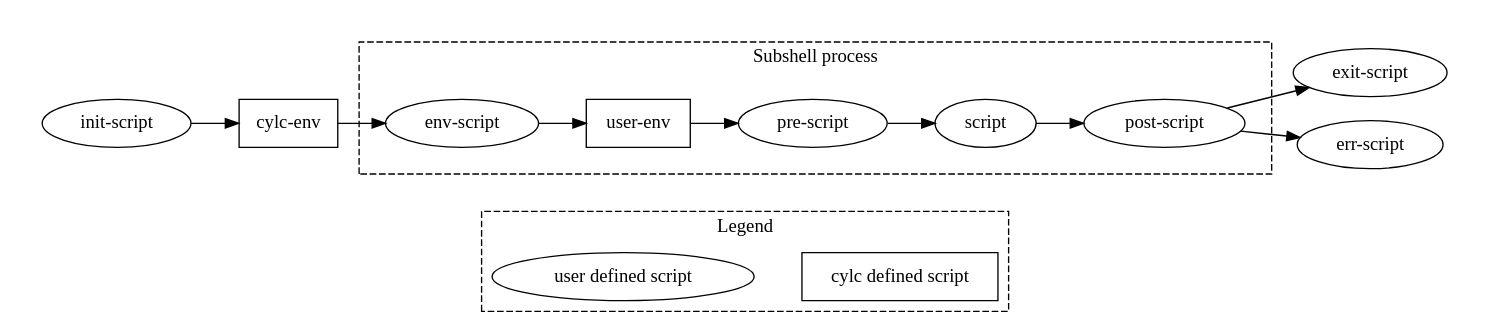
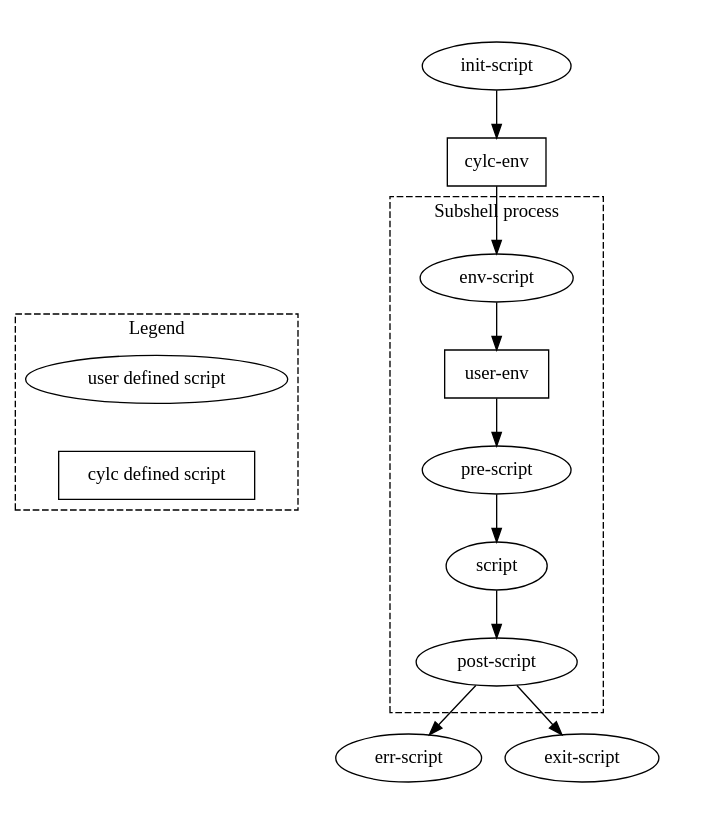
One commit to cylc/cylc-doc changed the diagram in src/user-guide/task-implementation/job-scripts.rst. Above: the diagram before and after it, drawn with Graphviz.

Commit message:
Improve readability of diagram

```diff
--- a/src/user-guide/task-implementation/job-scripts.rst
+++ b/src/user-guide/task-implementation/job-scripts.rst
@@ -45,40 +45,40 @@
 .. digraph:: example
 
-    rankdir="LR"
-    packmode="array_u";
+   rankdir="TB"
+   packmode="array_u";
 
-    subgraph cluster_legend {
-        style="dashed"
-        label="Legend"
+   subgraph cluster_legend {
+       style="dashed"
+       label="Legend"
 
-        "user defined script"
-        "cylc defined script" [shape="rect"]
+       "user defined script"
+       "cylc defined script" [shape="rect"]
 
-        "user defined script" -> "cylc defined script" [style="invis"]
-    }
+       "user defined script" -> "cylc defined script" [style="invis"]
+   }
 
-    subgraph cluster_diagram {
-        style="invis"
-        margin=20
+   subgraph cluster_diagram {
+       style="invis"
+       margin=20
 
-        "cylc-env" [shape="rect"]
-        "user-env" [shape="rect"]
+       "cylc-env" [shape="rect"]
+       "user-env" [shape="rect"]
 
-        "init-script" ->
-        "cylc-env" ->
-        "env-script"
+       "init-script" ->
+       "cylc-env" ->
+       "env-script"
 
-        subgraph cluster_subshell {
-            style="dashed"
-            label="Subshell process"
+       subgraph cluster_subshell {
+           style="dashed"
+           label="Subshell process"
 
-            "env-script" ->
-            "user-env" ->
-            "pre-script" ->
-            "script" ->
-            "post-script"
-        }
+           "env-script" ->
+           "user-env" ->
+           "pre-script" ->
+           "script" ->
+           "post-script"
+       }
 
-        "post-script" -> "err-script"
-        "post-script" -> "exit-script"
-    }
+       "post-script" -> "err-script"
+       "post-script" -> "exit-script"
+   }
```
